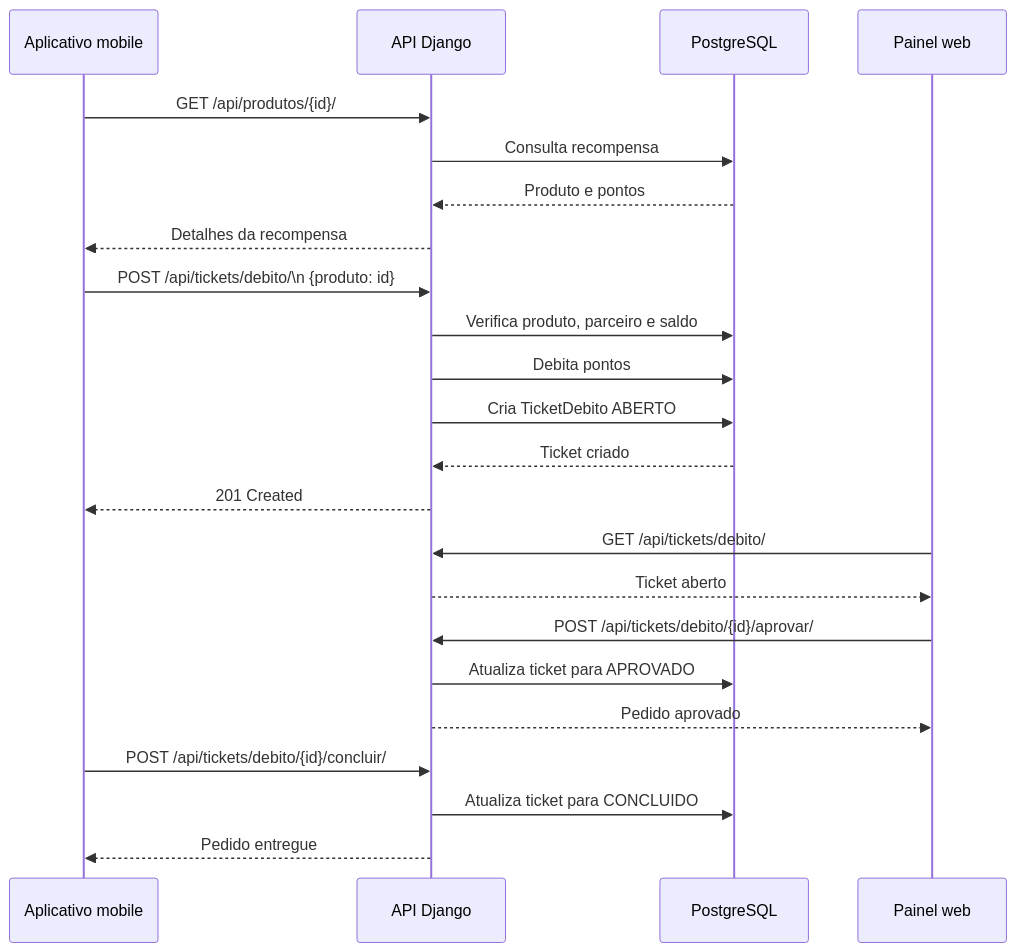
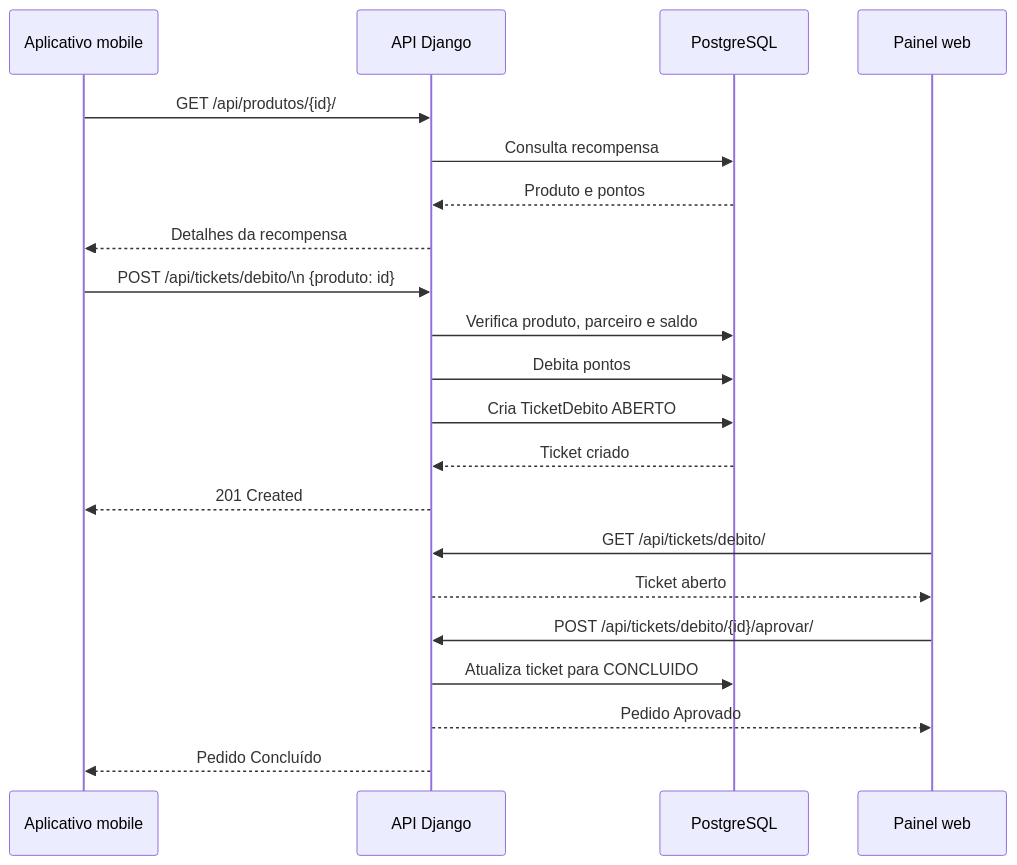
One commit to Gabriela-Amaro/JanuPoints-TCC changed the fifth of 7 diagrams in docs/fluxo_requisicao.md. Above: the diagram before and after it, drawn with Mermaid.

Commit message:
fix: remove passo da conclusão pelo cliente no fluxo de requisição

````diff
--- a/docs/fluxo_requisicao.md
+++ b/docs/fluxo_requisicao.md
@@ -150,30 +150,27 @@
 ```mermaid
 sequenceDiagram
     participant Cliente as Aplicativo mobile
     participant API as API Django
     participant Banco as PostgreSQL
     participant Painel as Painel web
 
     Cliente->>API: GET /api/produtos/{id}/
     API->>Banco: Consulta recompensa
     Banco-->>API: Produto e pontos
     API-->>Cliente: Detalhes da recompensa
 
     Cliente->>API: POST /api/tickets/debito/\n {produto: id}
     API->>Banco: Verifica produto, parceiro e saldo
     API->>Banco: Debita pontos
     API->>Banco: Cria TicketDebito ABERTO
     Banco-->>API: Ticket criado
     API-->>Cliente: 201 Created
 
     Painel->>API: GET /api/tickets/debito/
     API-->>Painel: Ticket aberto
 
     Painel->>API: POST /api/tickets/debito/{id}/aprovar/
-    API->>Banco: Atualiza ticket para APROVADO
-    API-->>Painel: Pedido aprovado
-
-    Cliente->>API: POST /api/tickets/debito/{id}/concluir/
     API->>Banco: Atualiza ticket para CONCLUIDO
-    API-->>Cliente: Pedido entregue
+    API-->>Painel: Pedido Aprovado
+    API-->>Cliente: Pedido Concluído
 ```
````
